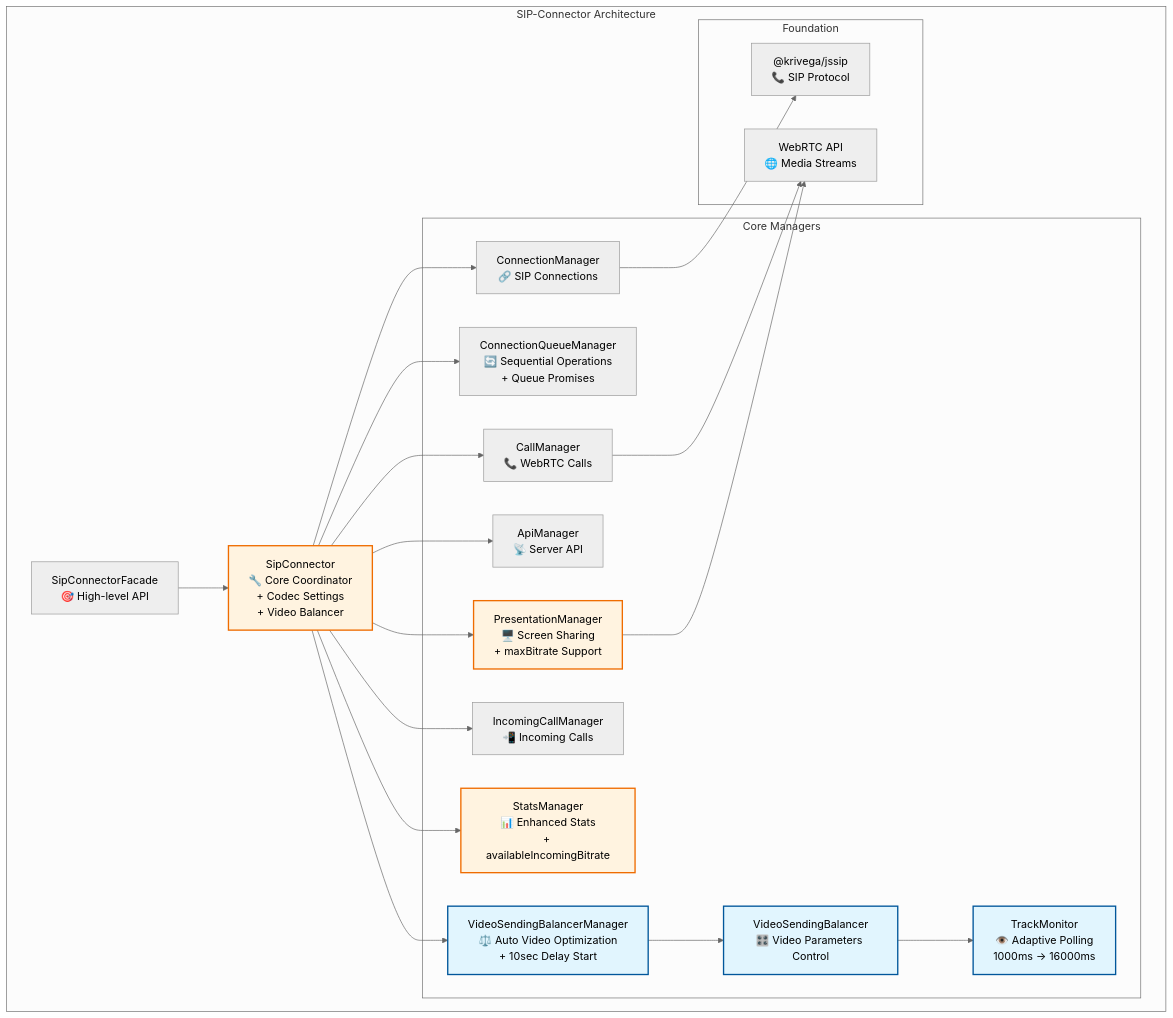
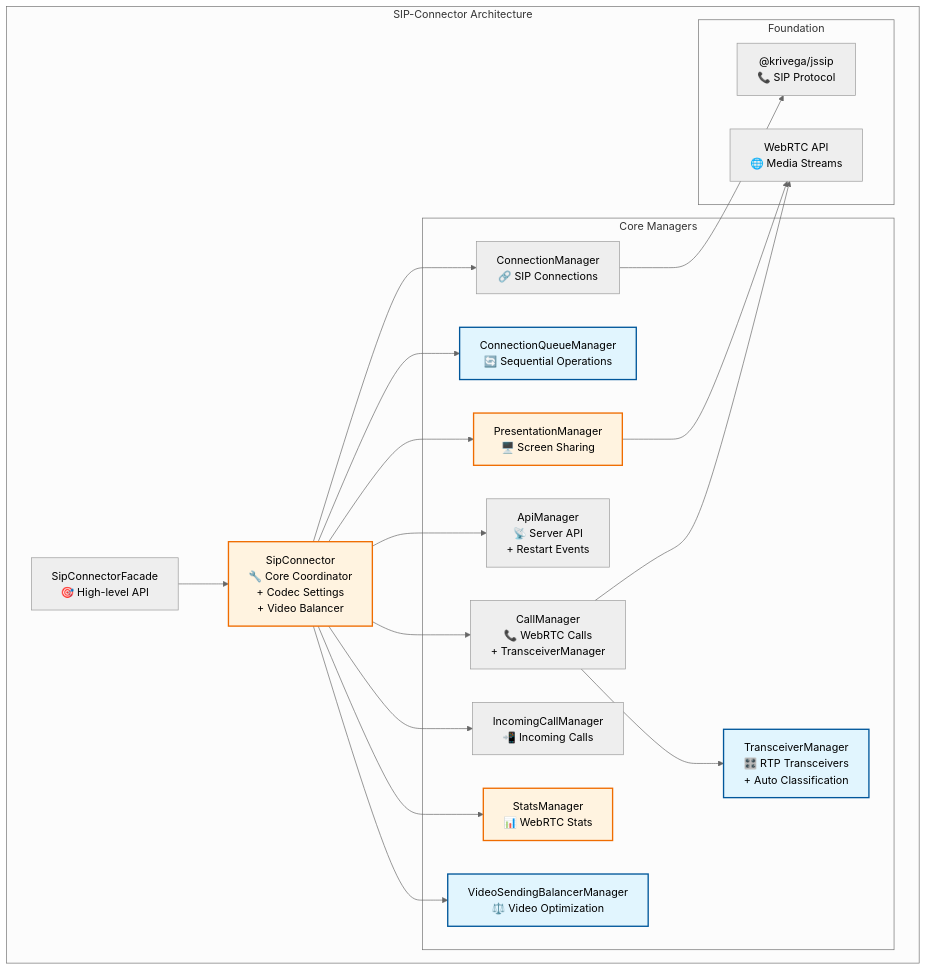
One commit to Krivega/sip-connector changed the diagram in docs/arch.md. Above: the diagram before and after it, drawn with Mermaid (neutral theme). The commit also changed other lines of this file, not shown here.

First line of the commit message:
docs: simplify architecture documentation

````diff
--- a/docs/arch.md
+++ b/docs/arch.md
@@ -424,47 +204,45 @@
 ```mermaid
 graph TB
     subgraph "SIP-Connector Architecture"
         A["SipConnectorFacade<br/>🎯 High-level API"]
         B["SipConnector<br/>🔧 Core Coordinator<br/>+ Codec Settings<br/>+ Video Balancer"]
 
         subgraph "Core Managers"
             C["ConnectionManager<br/>🔗 SIP Connections"]
-            D["CallManager<br/>📞 WebRTC Calls"]
-            E["ApiManager<br/>📡 Server API"]
-            F["PresentationManager<br/>🖥️ Screen Sharing<br/>+ maxBitrate Support"]
+            D["CallManager<br/>📞 WebRTC Calls<br/>+ TransceiverManager"]
+            E["ApiManager<br/>📡 Server API<br/>+ Restart Events"]
+            F["PresentationManager<br/>🖥️ Screen Sharing"]
             G["IncomingCallManager<br/>📲 Incoming Calls"]
-            H["StatsManager<br/>📊 Enhanced Stats<br/>+ availableIncomingBitrate"]
-            I["VideoSendingBalancerManager<br/>⚖️ Auto Video Optimization<br/>+ 10sec Delay Start"]
-            J["VideoSendingBalancer<br/>🎛️ Video Parameters Control"]
-            K["TrackMonitor<br/>👁️ Adaptive Polling<br/>1000ms → 16000ms"]
-            L["ConnectionQueueManager<br/>🔄 Sequential Operations<br/>+ Queue Promises"]
+            H["StatsManager<br/>📊 WebRTC Stats"]
+            I["VideoSendingBalancerManager<br/>⚖️ Video Optimization"]
+            J["TransceiverManager<br/>🎛️ RTP Transceivers<br/>+ Auto Classification"]
+            K["ConnectionQueueManager<br/>🔄 Sequential Operations"]
         end
 
         subgraph "Foundation"
             M["@krivega/jssip<br/>📞 SIP Protocol"]
             N["WebRTC API<br/>🌐 Media Streams"]
         end
 
         A --> B
         B --> C
-        B --> L
+        B --> K
         B --> D
         B --> E
         B --> F
         B --> G
         B --> H
         B --> I
-        I --> J
-        J --> K
+        D --> J
         D --> N
         F --> N
         C --> M
     end
 
     style I fill:#e1f5fe,stroke:#01579b,stroke-width:2px
     style J fill:#e1f5fe,stroke:#01579b,stroke-width:2px
     style K fill:#e1f5fe,stroke:#01579b,stroke-width:2px
     style B fill:#fff3e0,stroke:#ef6c00,stroke-width:2px
     style F fill:#fff3e0,stroke:#ef6c00,stroke-width:2px
     style H fill:#fff3e0,stroke:#ef6c00,stroke-width:2px
 ```
````
